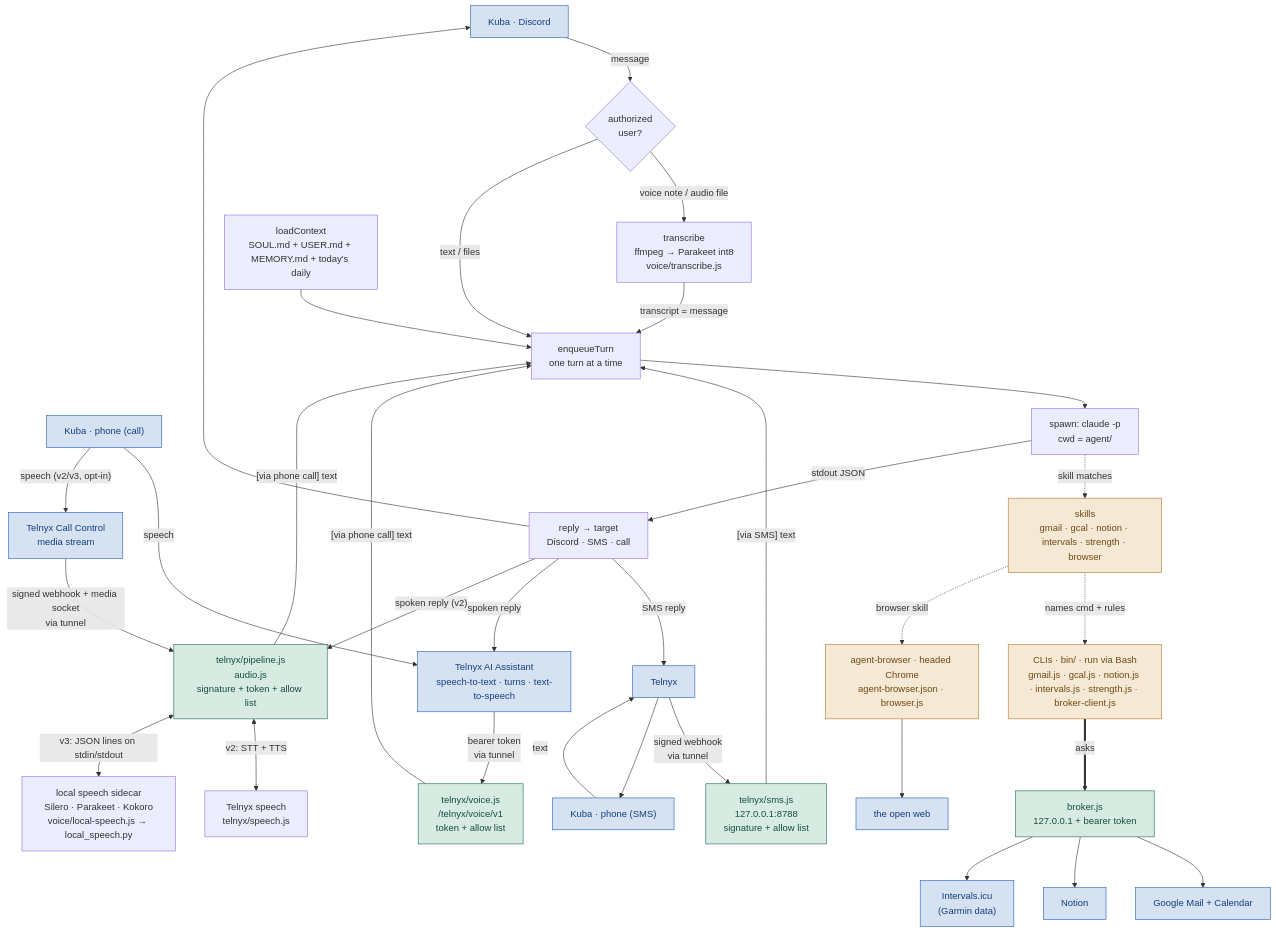
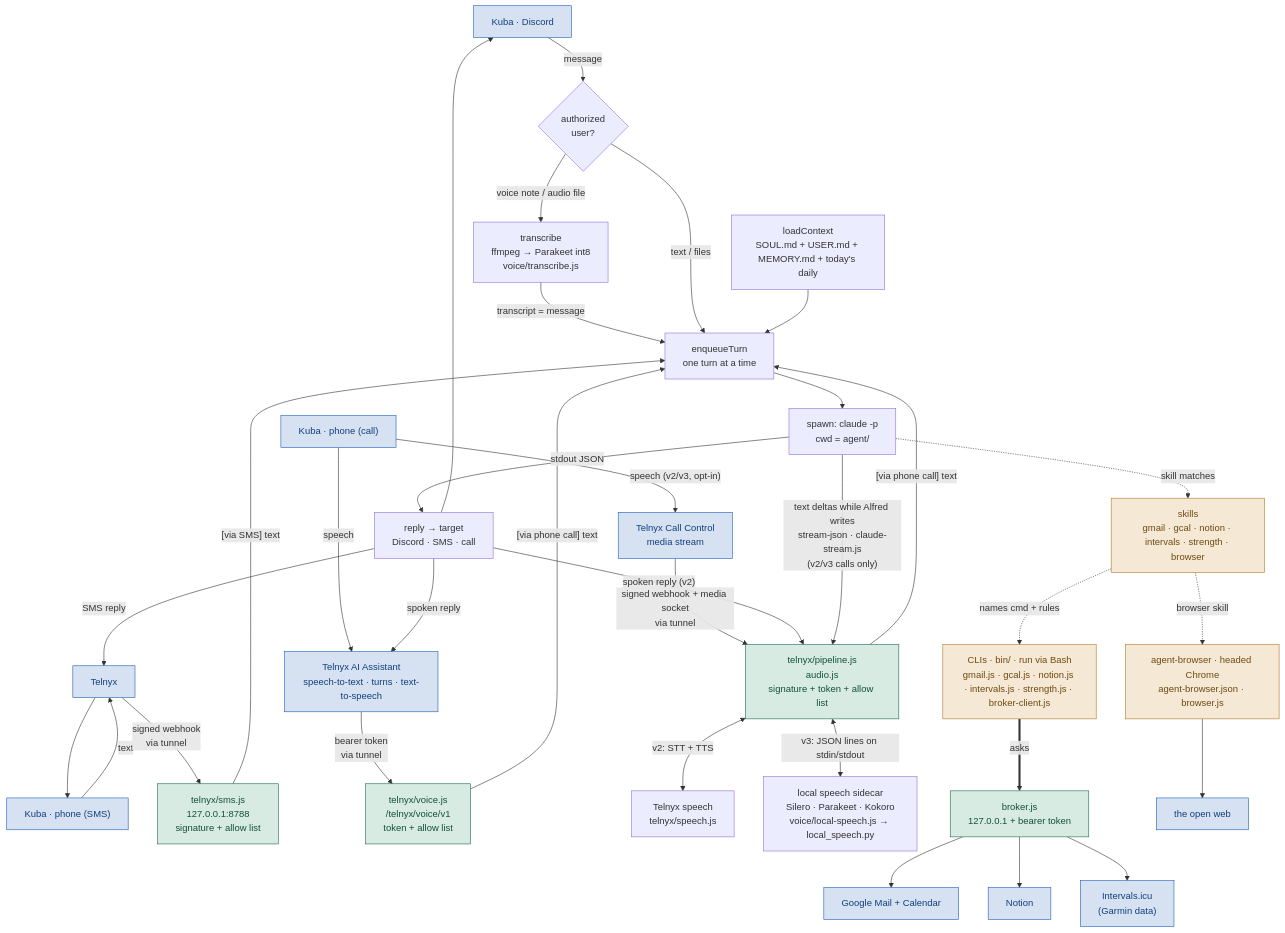
The first of 6 diagrams in SYSTEM-MAP.md (KubaJerz/alfred-node), drawn with Mermaid before and after one commit. The commit also changed other lines of this file and 10 other files, not shown here.

First line of the commit message:
feat: speak call pipeline replies while Alfred writes them

````diff
--- a/SYSTEM-MAP.md
+++ b/SYSTEM-MAP.md
@@ -57,40 +57,41 @@
 ```mermaid
 flowchart TD
     U["Kuba · Discord"] -->|message| GATE{"authorized<br/>user?"}
     GATE -->|"voice note / audio file"| TR["transcribe<br/>ffmpeg → Parakeet int8<br/>voice/transcribe.js"]
     TR -->|"transcript = message"| Q
     GATE -->|"text / files"| Q["enqueueTurn<br/>one turn at a time"]
     PH["Kuba · phone (SMS)"] -->|text| TX["Telnyx"]
     TX -->|"signed webhook<br/>via tunnel"| WH["telnyx/sms.js<br/>127.0.0.1:8788<br/>signature + allow list"]
     WH -->|"[via SMS] text"| Q
     CALL["Kuba · phone (call)"] -->|speech| VA["Telnyx AI Assistant<br/>speech-to-text · turns · text-to-speech"]
     VA -->|"bearer token<br/>via tunnel"| VR["telnyx/voice.js<br/>/telnyx/voice/v1<br/>token + allow list"]
     VR -->|"[via phone call] text"| Q
     CALL -->|"speech (v2/v3, opt-in)"| CC["Telnyx Call Control<br/>media stream"]
     CC -->|"signed webhook + media socket<br/>via tunnel"| VP["telnyx/pipeline.js<br/>audio.js<br/>signature + token + allow list"]
     VP -->|"[via phone call] text"| Q
     VP <-->|"v2: STT + TTS"| TS["Telnyx speech<br/>telnyx/speech.js"]
     VP <-->|"v3: JSON lines on stdin/stdout"| LS["local speech sidecar<br/>Silero · Parakeet · Kokoro<br/>voice/local-speech.js → local_speech.py"]
     CTX["loadContext<br/>SOUL.md + USER.md + MEMORY.md + today's daily"] --> Q
     Q --> SPAWN["spawn: claude -p<br/>cwd = agent/"]
     SPAWN -.->|"skill matches"| SK["skills<br/>gmail · gcal · notion · intervals · strength · browser"]
     SK -.->|"names cmd + rules"| CLIS["CLIs · bin/ · run via Bash<br/>gmail.js · gcal.js · notion.js · intervals.js · strength.js · broker-client.js"]
     CLIS ==>|"asks"| BR["broker.js<br/>127.0.0.1 + bearer token"]
     BR --> G["Google Mail + Calendar"]
     BR --> N["Notion"]
     BR --> I["Intervals.icu<br/>(Garmin data)"]
     SK -.->|"browser skill"| AB["agent-browser · headed Chrome<br/>agent-browser.json · browser.js"]
     AB --> WEB["the open web"]
     SPAWN -->|"stdout JSON"| R["reply → target<br/>Discord · SMS · call"]
     R --> U
     R -->|"SMS reply"| TX
     R -->|"spoken reply"| VA
     R -->|"spoken reply (v2)"| VP
+    SPAWN -->|"text deltas while Alfred writes<br/>stream-json · claude-stream.js<br/>(v2/v3 calls only)"| VP
     TX --> PH
     classDef external fill:#d6e2f2,stroke:#1f5fb8,color:#123f7d
     classDef gateway fill:#d8ebe2,stroke:#1b6b52,color:#12503c
     classDef stack fill:#f5e8d5,stroke:#b07a2a,color:#6e4a12
     class U,G,N,I,WEB,PH,TX,CALL,VA,CC external
     class BR,WH,VR,VP gateway
     class SK,CLIS,AB stack
 ```
````
